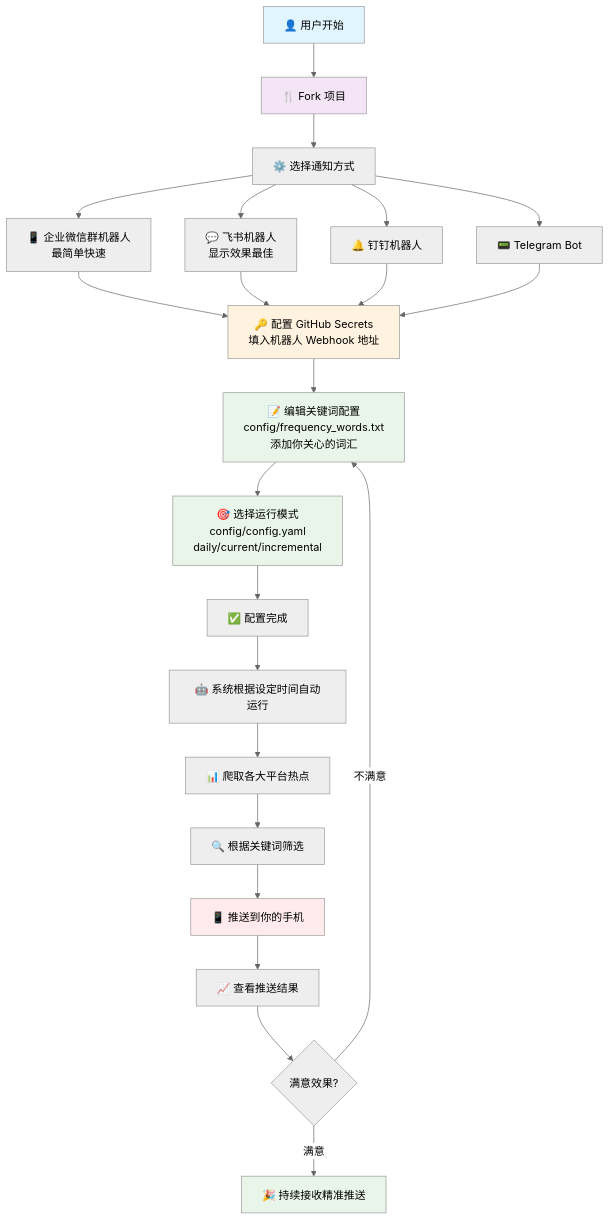
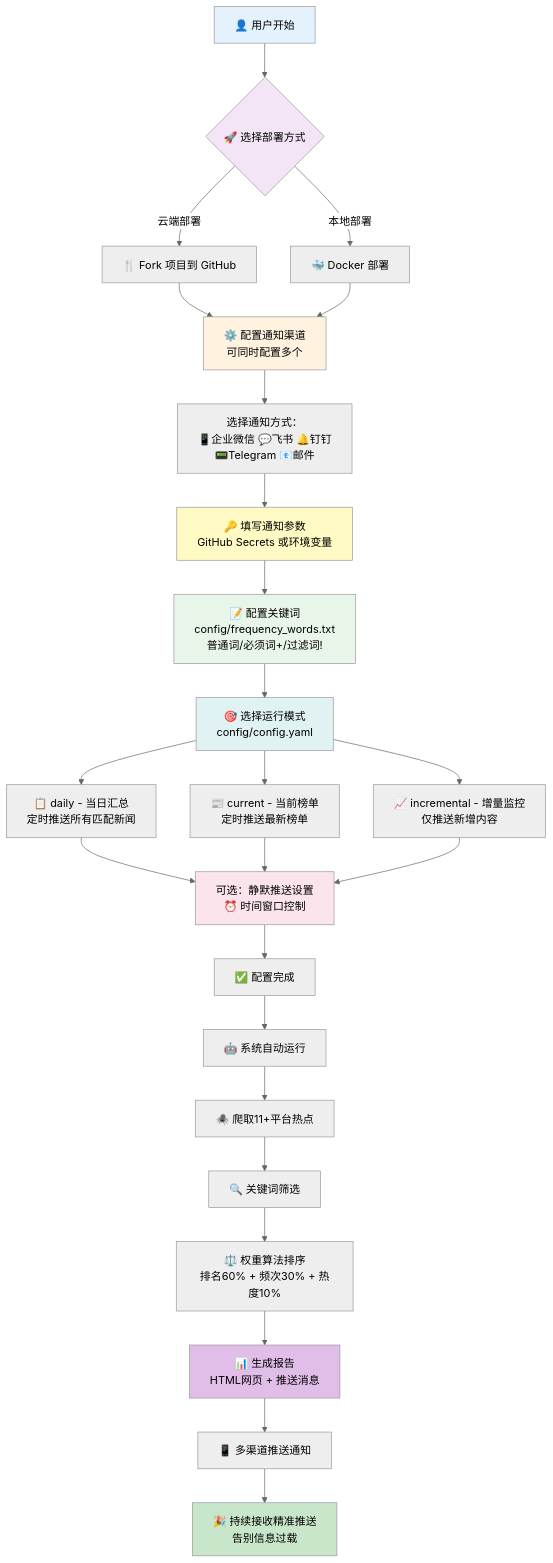
The diagram in readme.md (carrot-peace/PtilopsisRadar), drawn with Mermaid (neutral theme) before and after one commit. The commit also changed other lines of this file and 1 other file, not shown here.

Commit message:
docs: 加个logo，国庆快乐~

````diff
--- a/readme.md
+++ b/readme.md
@@ -1068,38 +1063,48 @@
 ```mermaid
 flowchart TD
-    A[👤 用户开始] --> B[🍴 Fork 项目]
-    B --> C[⚙️ 选择通知方式]
+    A[👤 用户开始] --> B{🚀 选择部署方式}
     
-    C --> D1[📱 企业微信群机器人<br/>最简单快速]
-    C --> D2[💬 飞书机器人<br/>显示效果最佳]
-    C --> D3[🔔 钉钉机器人<br/>]
-    C --> D4[📟 Telegram Bot<br/>]
+    B -->|云端部署| C1[🍴 Fork 项目到 GitHub]
+    B -->|本地部署| C2[🐳 Docker 部署]
     
-    D1 --> E[🔑 配置 GitHub Secrets<br/>填入机器人 Webhook 地址]
-    D2 --> E
-    D3 --> E  
-    D4 --> E
+    C1 --> D[⚙️ 配置通知渠道<br/>可同时配置多个]
+    C2 --> D
     
-    E --> F[📝 编辑关键词配置<br/>config/frequency_words.txt<br/>添加你关心的词汇]
-    F --> G[🎯 选择运行模式<br/>config/config.yaml<br/>daily/current/incremental]
+    D --> E[选择通知方式：<br/>📱企业微信 💬飞书 🔔钉钉<br/>📟Telegram 📧邮件]
     
-    G --> H[✅ 配置完成]
-    H --> I[🤖 系统根据设定时间自动运行]
+    E --> F[🔑 填写通知参数<br/>GitHub Secrets 或环境变量]
     
-    I --> J[📊 爬取各大平台热点]
-    J --> K[🔍 根据关键词筛选]
-    K --> L[📱 推送到你的手机]
+    F --> G[📝 配置关键词<br/>config/frequency_words.txt<br/>普通词/必须词+/过滤词!]
     
-    L --> M[📈 查看推送结果]
-    M --> N{满意效果?}
-    N -->|不满意| F
-    N -->|满意| O[🎉 持续接收精准推送]
+    G --> H[🎯 选择运行模式<br/>config/config.yaml]
     
-    style A fill:#e1f5fe
+    H --> H1[📋 daily - 当日汇总<br/>定时推送所有匹配新闻]
+    H --> H2[📰 current - 当前榜单<br/>定时推送最新榜单]
+    H --> H3[📈 incremental - 增量监控<br/>仅推送新增内容]
+    
+    H1 --> I[可选：静默推送设置<br/>⏰ 时间窗口控制]
+    H2 --> I
+    H3 --> I
+    
+    I --> J[✅ 配置完成]
+    
+    J --> K[🤖 系统自动运行]
+    
+    K --> L[🕷️ 爬取11+平台热点]
+    L --> M[🔍 关键词筛选]
+    M --> N[⚖️ 权重算法排序<br/>排名60% + 频次30% + 热度10%]
+    N --> O[📊 生成报告<br/>HTML网页 + 推送消息]
+    O --> P[📱 多渠道推送通知]
+    
+    P --> Q[🎉 持续接收精准推送<br/>告别信息过载]
+    
+    style A fill:#e3f2fd
     style B fill:#f3e5f5
-    style E fill:#fff3e0
-    style F fill:#e8f5e8
-    style G fill:#e8f5e8
-    style L fill:#ffebee
-    style O fill:#e8f5e8
+    style D fill:#fff3e0
+    style F fill:#fff9c4
+    style G fill:#e8f5e9
+    style H fill:#e0f2f1
+    style I fill:#fce4ec
+    style O fill:#e1bee7
+    style Q fill:#c8e6c9
 ```
````
